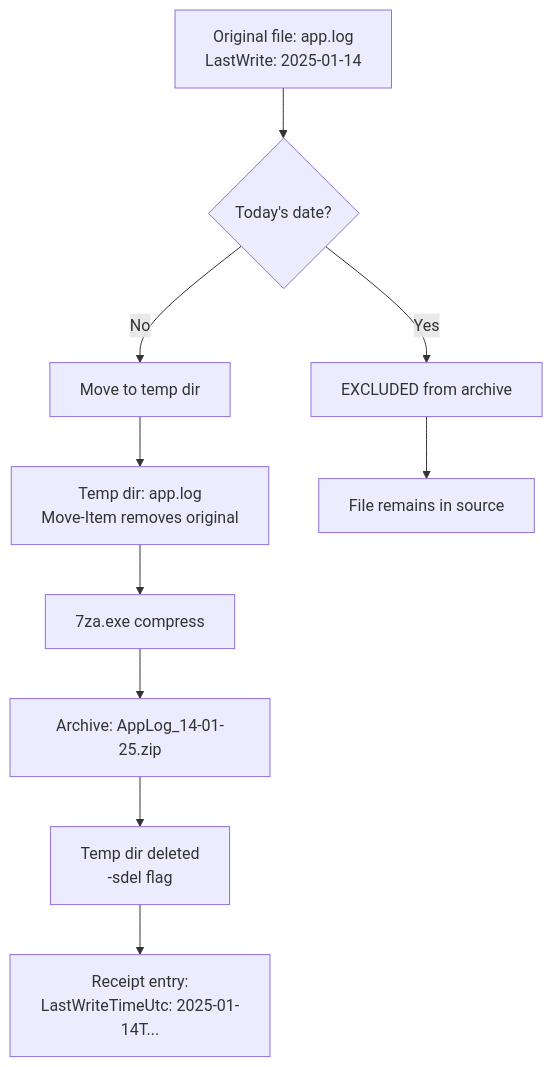
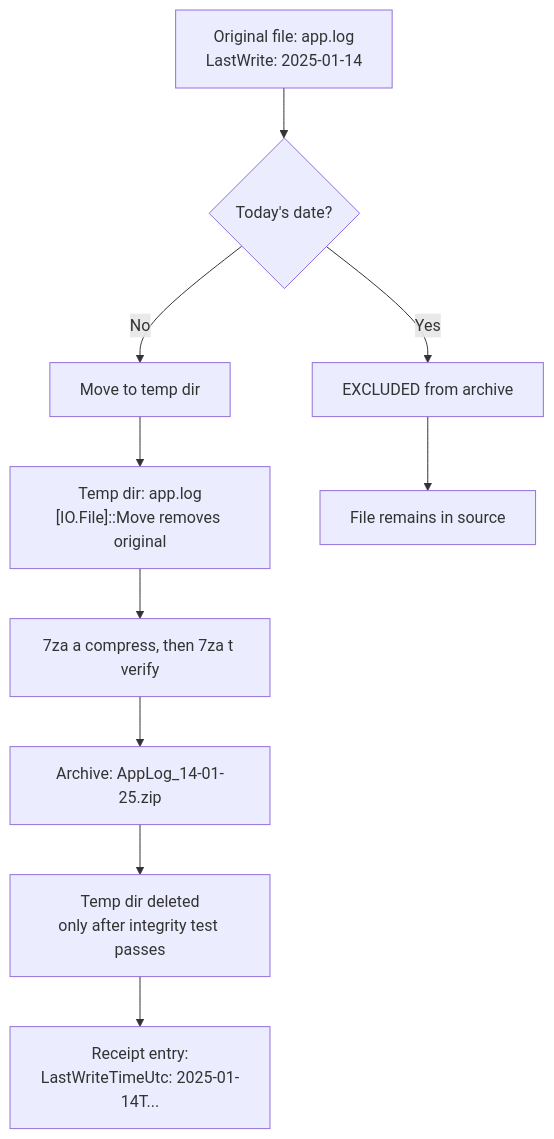
Before and after one commit to epuckop/shiny-pancake: diagram 11 of 13 in docs/design/FLOWCHARTS.md, drawn with Mermaid. The commit also changed other lines of this file and 7 other files, not shown here.

````diff
--- a/docs/design/FLOWCHARTS.md
+++ b/docs/design/FLOWCHARTS.md
@@ -256,12 +259,12 @@
 ```mermaid
 flowchart TD
     A[Original file: app.log<br/>LastWrite: 2025-01-14] --> B{Today's date?}
     B -->|Yes| C[EXCLUDED from archive]
     B -->|No| D[Move to temp dir]
-    D --> E[Temp dir: app.log<br/>Move-Item removes original]
-    E --> F[7za.exe compress]
+    D --> E["Temp dir: app.log<br/>[IO.File]::Move removes original"]
+    E --> F[7za a compress, then 7za t verify]
     F --> G[Archive: AppLog_14-01-25.zip]
-    G --> H[Temp dir deleted<br/>-sdel flag]
+    G --> H[Temp dir deleted<br/>only after integrity test passes]
     H --> I[Receipt entry:<br/>LastWriteTimeUtc: 2025-01-14T...]
     C --> J[File remains in source]
 ```
````
